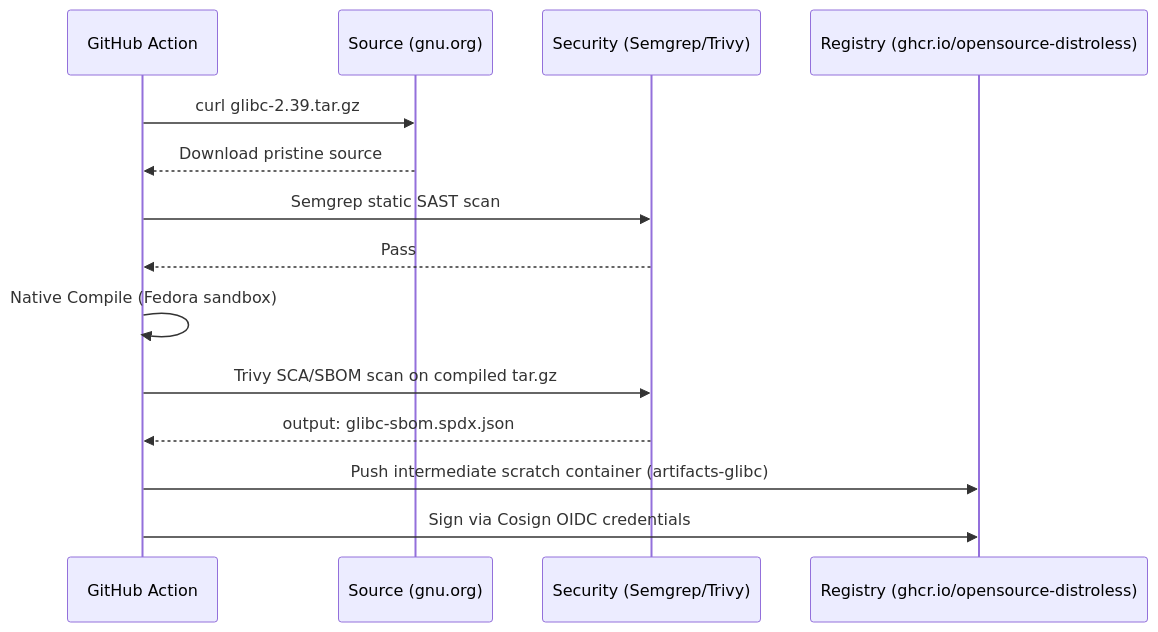
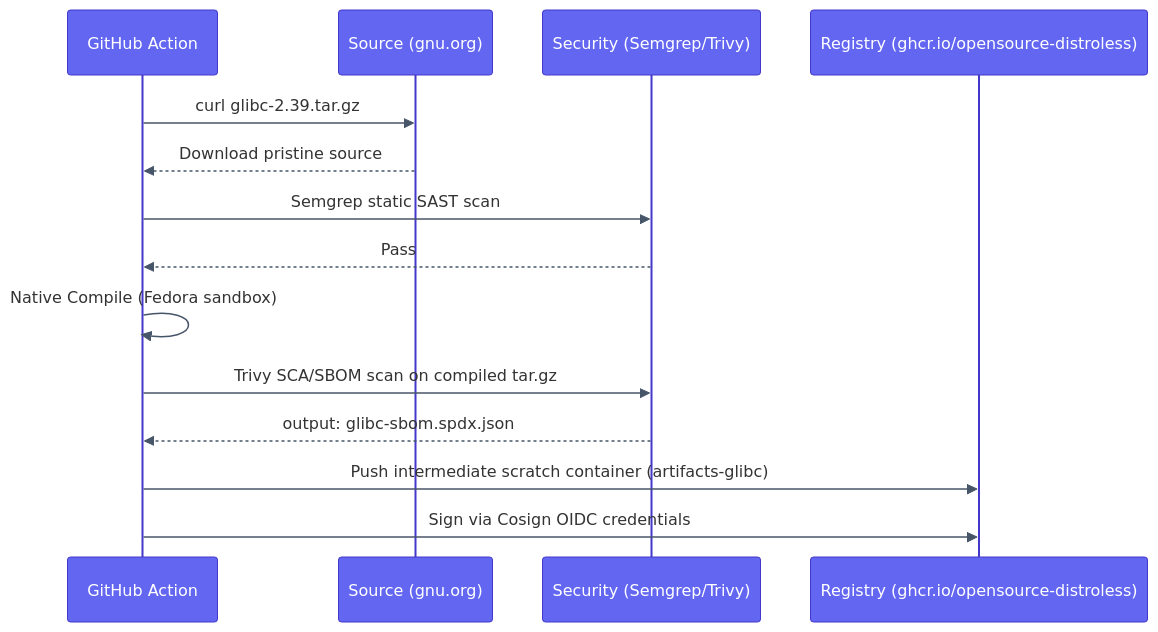
The diagram in docs/mermaid/build-glibc.mmd (mbuccarello/distroless-the-hard-way), drawn with Mermaid before and after one commit. The commit also changed 48 other files, not shown here.

```diff
--- a/docs/mermaid/build-glibc.mmd
+++ b/docs/mermaid/build-glibc.mmd
@@ -1,18 +1,19 @@
+%%{init: {'theme': 'base', 'themeVariables': { 'actorBkg': '#6366f1', 'actorTextColor': '#ffffff', 'actorBorder': '#4338ca', 'noteBkg': '#f8fafc', 'noteBorder': '#cbd5e1', 'signalColor': '#475569', 'loopTextColor': '#1e293b' }}}%%
 sequenceDiagram
     participant GH as GitHub Action
     participant S as Source (gnu.org)
     participant Sec as Security (Semgrep/Trivy)
     participant R as Registry (ghcr.io/opensource-distroless)
     
     GH->>S: curl glibc-2.39.tar.gz
     S-->>GH: Download pristine source
     GH->>Sec: Semgrep static SAST scan
     Sec-->>GH: Pass
     
     GH->>GH: Native Compile (Fedora sandbox)
     
     GH->>Sec: Trivy SCA/SBOM scan on compiled tar.gz
     Sec-->>GH: output: glibc-sbom.spdx.json
     
     GH->>R: Push intermediate scratch container (artifacts-glibc)
     GH->>R: Sign via Cosign OIDC credentials
```
